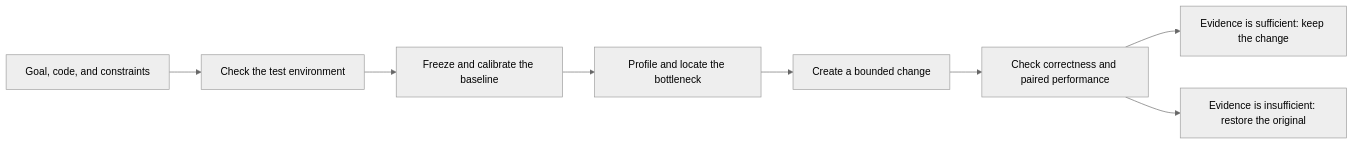
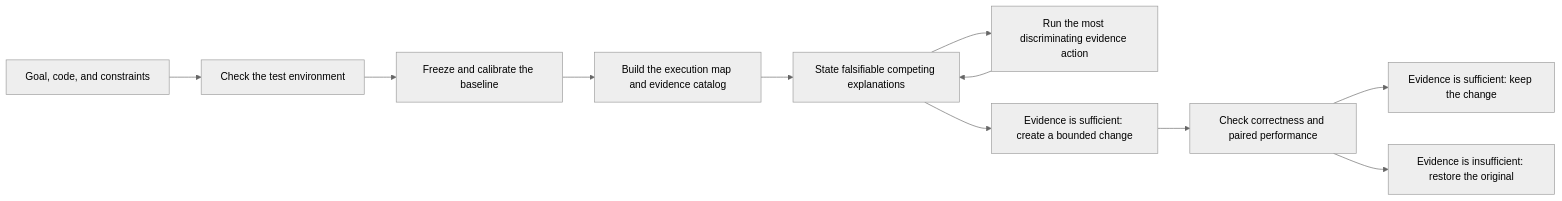
Before and after one commit to troycheng/cuda-optimized-skill: the diagram in README.md, drawn with Mermaid (neutral theme). The commit also changed other lines of this file and 10 other files, not shown here.

````diff
--- a/README.md
+++ b/README.md
@@ -82,10 +86,13 @@
 ```mermaid
 flowchart LR
     goal["Goal, code, and constraints"] --> environment["Check the test environment"]
     environment --> baseline["Freeze and calibrate the baseline"]
-    baseline --> profiling["Profile and locate the bottleneck"]
-    profiling --> change["Create a bounded change"]
+    baseline --> context["Build the execution map and evidence catalog"]
+    context --> hypothesis["State falsifiable competing explanations"]
+    hypothesis --> evidence["Run the most discriminating evidence action"]
+    evidence --> hypothesis
+    hypothesis --> change["Evidence is sufficient: create a bounded change"]
     change --> evaluation["Check correctness and paired performance"]
     evaluation --> keep["Evidence is sufficient: keep the change"]
     evaluation --> restore["Evidence is insufficient: restore the original"]
 ```
````
